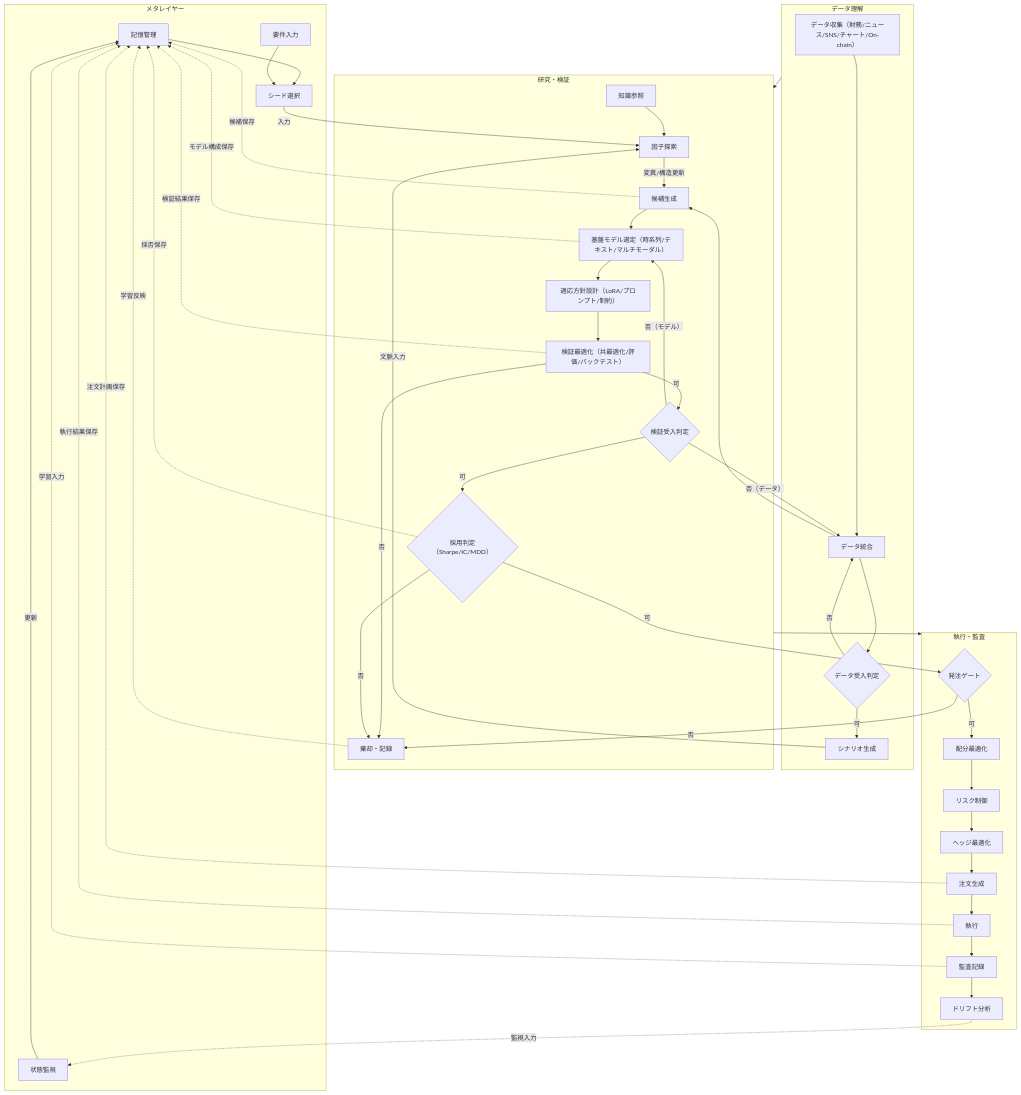
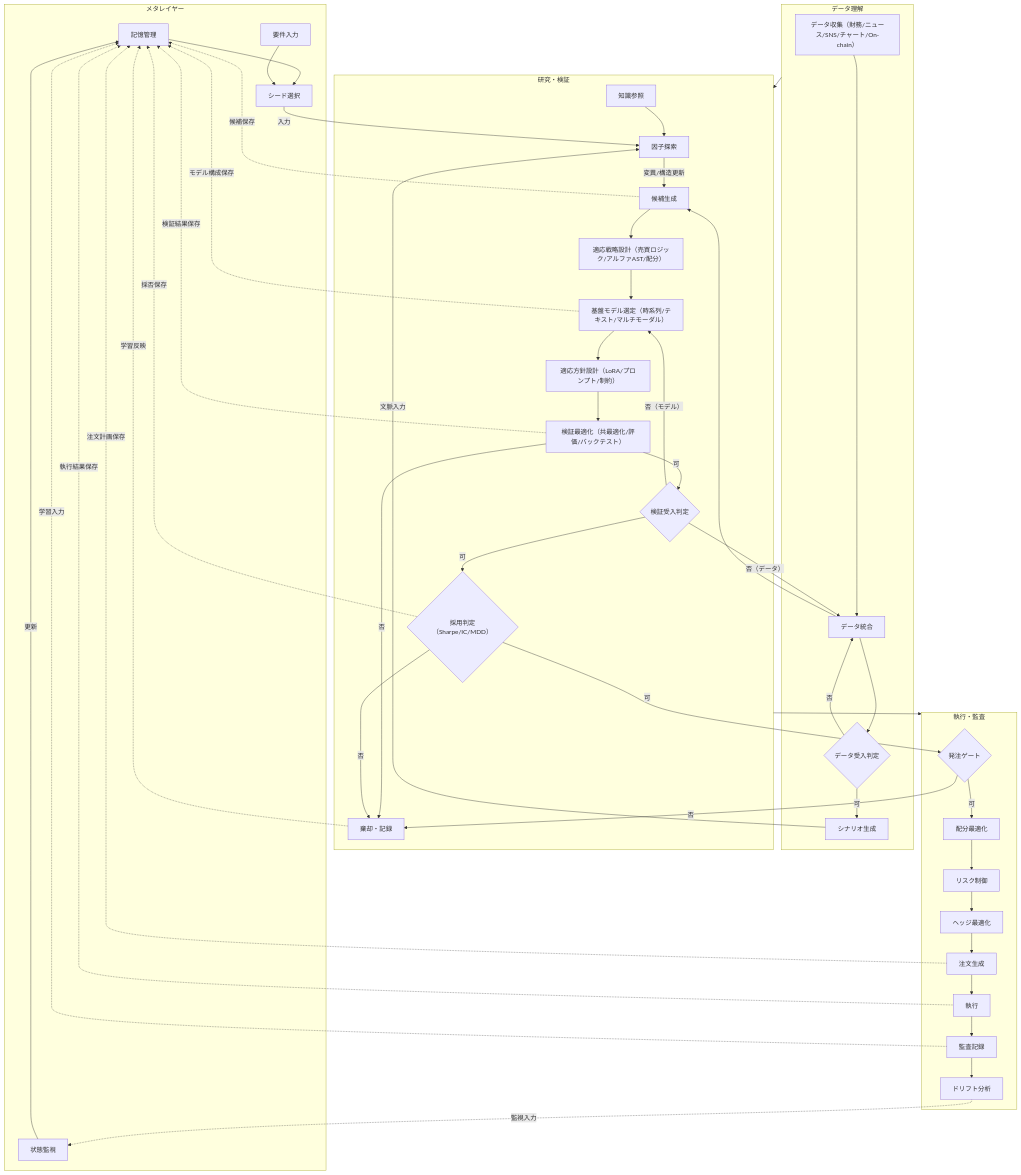
The diagram in docs/diagrams/simpleflowchart.md (KAFKA2306/investor), drawn with Mermaid before and after one commit. The commit also changed other lines of this file and 3 other files, not shown here.

Commit message:
Document ideal adaptive quant research requirements across workflows and diagrams

````diff
--- a/docs/diagrams/simpleflowchart.md
+++ b/docs/diagrams/simpleflowchart.md
@@ -3,61 +5,62 @@
 ```mermaid
 flowchart TD
     subgraph メタレイヤー [メタレイヤー]
         記憶管理["記憶管理"]
         状態監視["状態監視"]
         要件入力["要件入力"]
         シード選択["シード選択"]
         状態監視 --> |更新| 記憶管理
         記憶管理 --> シード選択
         要件入力 --> シード選択
     end
 
     subgraph データ理解層 [データ理解]
         データ収集["データ収集（財務/ニュース/SNS/チャート/On-chain）"] --> データ統合["データ統合"]
         データ統合 --> データ受入判定{"データ受入判定"}
         データ受入判定 -- "可" --> シナリオ生成["シナリオ生成"]
         データ受入判定 -- "否" --> データ統合
     end
 
     subgraph 研究検証フェーズ [研究・検証]
         知識参照["知識参照"] --> 因子探索["因子探索"]
         シード選択 --> |入力| 因子探索
         シナリオ生成 --> |文脈入力| 因子探索
         因子探索 --> |変異/構造更新| 候補生成["候補生成"]
         データ統合 --> 候補生成
         候補生成 -.-> |候補保存| 記憶管理
-        候補生成 --> 基盤モデル選定["基盤モデル選定（時系列/テキスト/マルチモーダル）"]
+        候補生成 --> 適応戦略設計["適応戦略設計（売買ロジック/アルファAST/配分）"]
+        適応戦略設計 --> 基盤モデル選定["基盤モデル選定（時系列/テキスト/マルチモーダル）"]
         基盤モデル選定 --> 適応方針設計["適応方針設計（LoRA/プロンプト/制約）"]
         適応方針設計 --> 検証最適化["検証最適化（共最適化/評価/バックテスト）"]
         基盤モデル選定 -.-> |モデル構成保存| 記憶管理
         検証最適化 -- "否" --> 棄却["棄却・記録"]
         検証最適化 -- "可" --> 検証受入判定{"検証受入判定"}
         検証受入判定 -- "可" --> 採用判定{"採用判定（Sharpe/IC/MDD）"}
         検証受入判定 -- "否（データ）" --> データ統合
         検証受入判定 -- "否（モデル）" --> 基盤モデル選定
         検証最適化 -.-> |検証結果保存| 記憶管理
         採用判定 -- "否" --> 棄却
         採用判定 -.-> |採否保存| 記憶管理
         
         棄却 -.-> |学習反映| 記憶管理
     end
 
     subgraph 執行監査フェーズ [執行・監査]
         採用判定 -- "可" --> 発注ゲート{"発注ゲート"}
         発注ゲート -- "可" --> 配分最適化["配分最適化"]
         発注ゲート -- "否" --> 棄却
         配分最適化 --> リスク制御["リスク制御"]
         リスク制御 --> ヘッジ最適化["ヘッジ最適化"]
         ヘッジ最適化 --> 注文生成["注文生成"]
         注文生成 --> 執行["執行"]
         注文生成 -.-> |注文計画保存| 記憶管理
         執行 -.-> |執行結果保存| 記憶管理
         執行 --> 監査記録["監査記録"]
         監査記録 --> ドリフト分析["ドリフト分析"]
         ドリフト分析 -.-> |監視入力| 状態監視
         監査記録 -.-> |学習入力| 記憶管理
     end
 
     データ理解層 --> 研究検証フェーズ
     研究検証フェーズ --> 執行監査フェーズ
 ```
````
